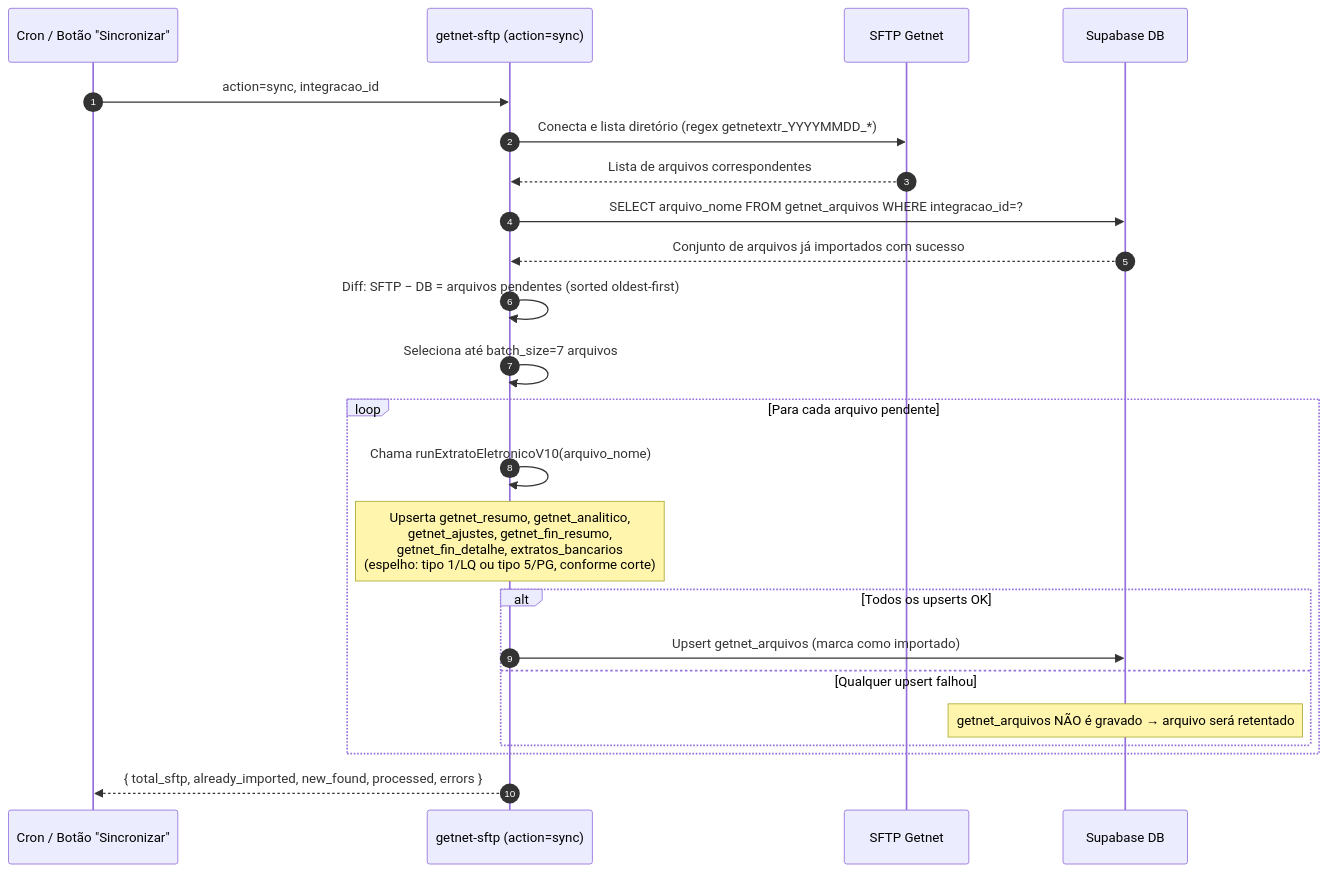
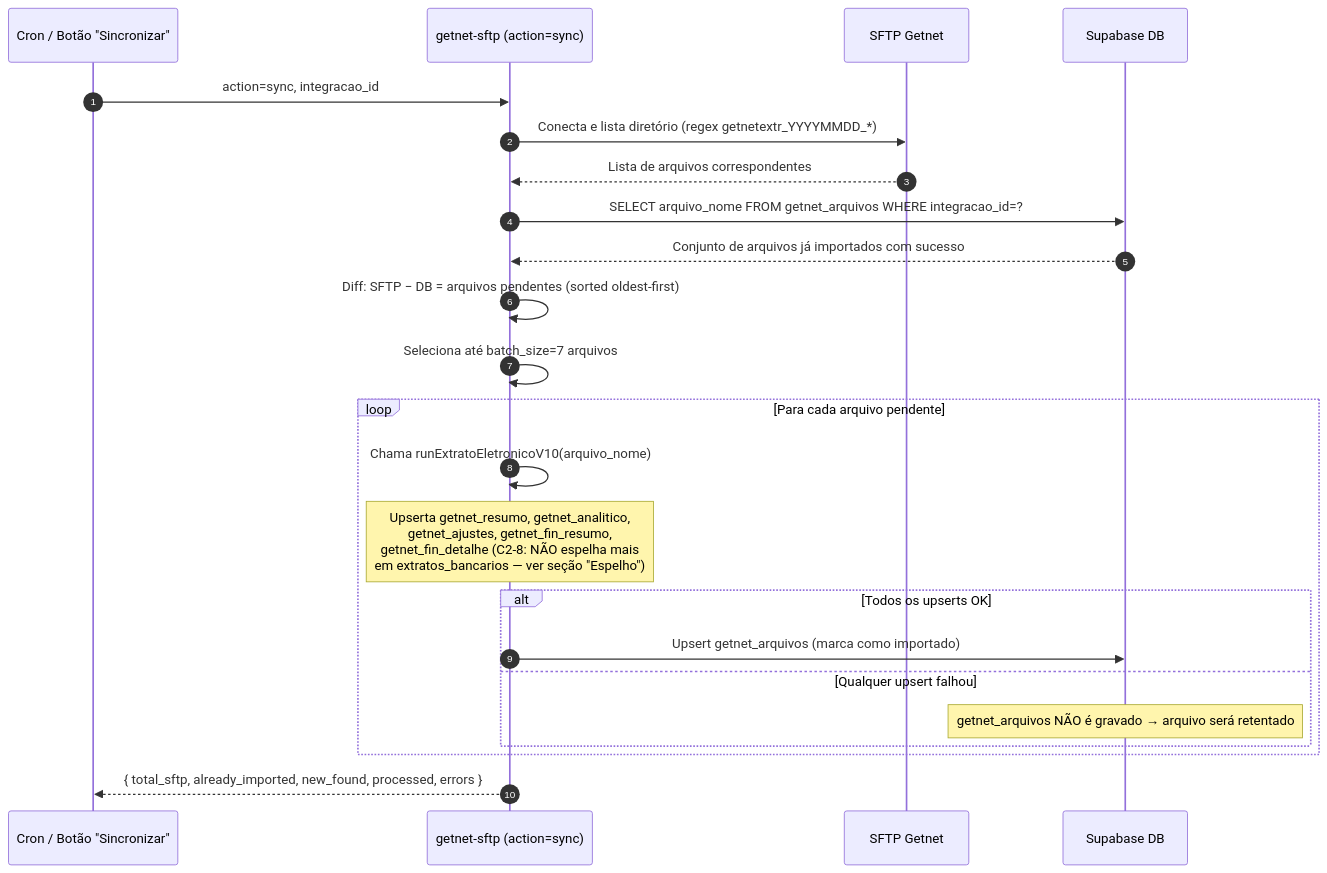
The second of 3 diagrams in docs/diagramas/fluxo-getnet-sftp.md (adrianoapc/igreja-carvalho), drawn with Mermaid before and after one commit. The commit also changed other lines of this file and 8 other files, not shown here.

````diff
--- a/docs/diagramas/fluxo-getnet-sftp.md
+++ b/docs/diagramas/fluxo-getnet-sftp.md
@@ -82,28 +83,28 @@
 ```mermaid
 sequenceDiagram
     autonumber
     participant Cron as Cron / Botão "Sincronizar"
     participant Fn as getnet-sftp (action=sync)
     participant SFTP as SFTP Getnet
     participant DB as Supabase DB
 
     Cron->>Fn: action=sync, integracao_id
     Fn->>SFTP: Conecta e lista diretório (regex getnetextr_YYYYMMDD_*)
     SFTP-->>Fn: Lista de arquivos correspondentes
     Fn->>DB: SELECT arquivo_nome FROM getnet_arquivos WHERE integracao_id=?
     DB-->>Fn: Conjunto de arquivos já importados com sucesso
     Fn->>Fn: Diff: SFTP − DB = arquivos pendentes (sorted oldest-first)
     Fn->>Fn: Seleciona até batch_size=7 arquivos
 
     loop Para cada arquivo pendente
         Fn->>Fn: Chama runExtratoEletronicoV10(arquivo_nome)
-        Note over Fn: Upserta getnet_resumo, getnet_analitico,<br/>getnet_ajustes, getnet_fin_resumo,<br/>getnet_fin_detalhe, extratos_bancarios<br/>(espelho: tipo 1/LQ ou tipo 5/PG, conforme corte)
+        Note over Fn: Upserta getnet_resumo, getnet_analitico,<br/>getnet_ajustes, getnet_fin_resumo,<br/>getnet_fin_detalhe (C2-8: NÃO espelha mais<br/>em extratos_bancarios — ver seção "Espelho")
         alt Todos os upserts OK
             Fn->>DB: Upsert getnet_arquivos (marca como importado)
         else Qualquer upsert falhou
             Note over DB: getnet_arquivos NÃO é gravado → arquivo será retentado
         end
     end
 
     Fn-->>Cron: { total_sftp, already_imported, new_found, processed, errors }
 ```
````
